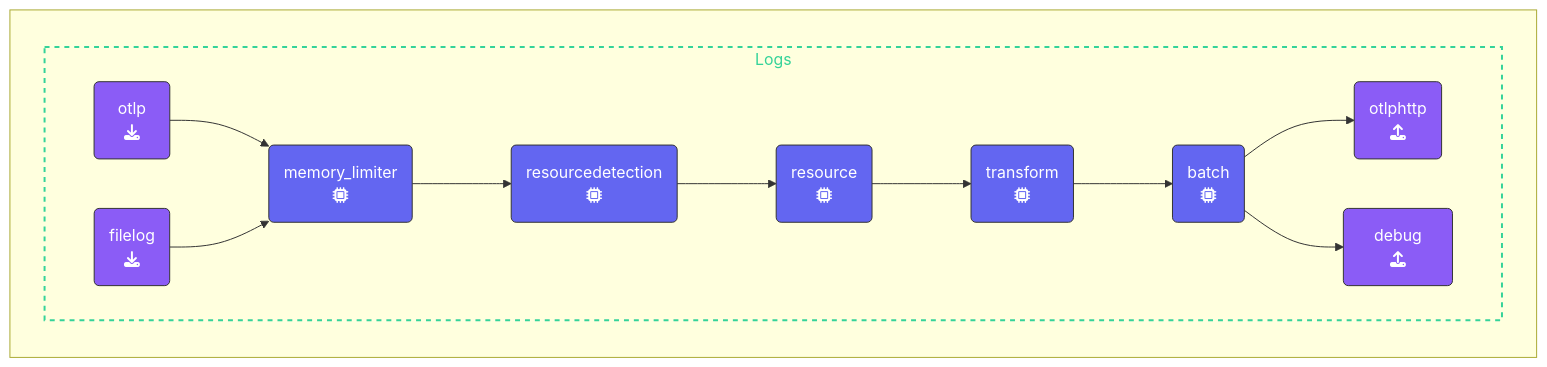
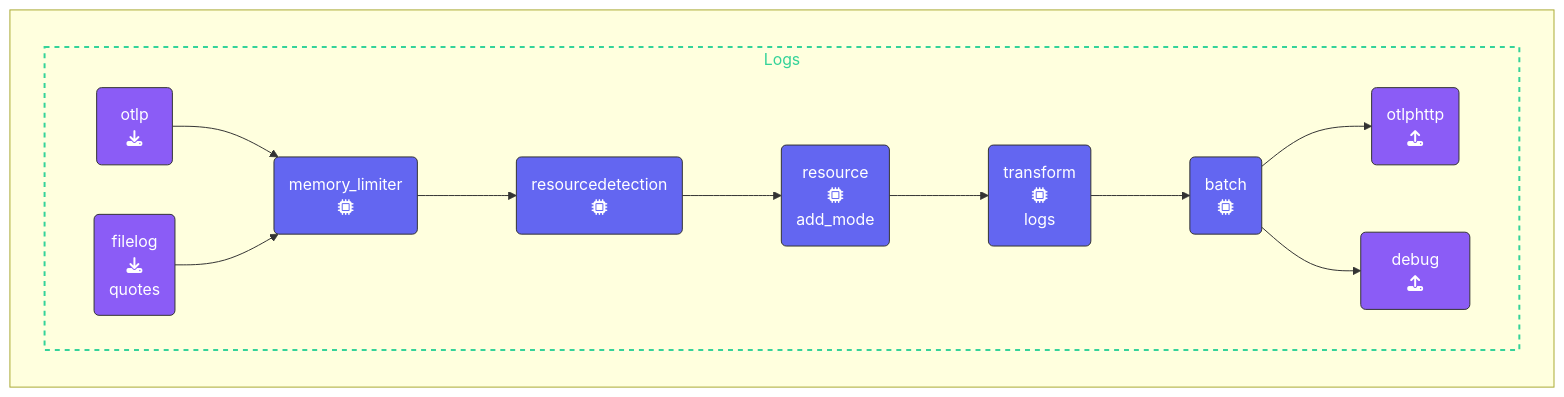
One commit to splunk/observability-workshop changed the diagram in content/en/ninja-workshops/10-advanced-otel/7-transform-data/_index.md. Above: the diagram before and after it, drawn with Mermaid. The commit also changed other lines of this file and 5 other files, not shown here.

Commit message:
syntax and comments to sensitive and tranform, updated mermaid charts to include receiver/processor names

````diff
--- a/content/en/ninja-workshops/10-advanced-otel/7-transform-data/_index.md
+++ b/content/en/ninja-workshops/10-advanced-otel/7-transform-data/_index.md
@@ -118,33 +128,33 @@
 ```mermaid
 %%{init:{"fontFamily":"monospace"}}%%
 graph LR
     %% Nodes
       REC1(&nbsp;&nbsp;otlp&nbsp;&nbsp;<br>fa:fa-download):::receiver
-      REC2(filelog<br>fa:fa-download):::receiver
+      REC2(filelog<br>fa:fa-download<br>quotes):::receiver
       PRO1(memory_limiter<br>fa:fa-microchip):::processor
       PRO2(resourcedetection<br>fa:fa-microchip):::processor
-      PRO3(resource<br>fa:fa-microchip):::processor
-      PRO4(transform<br>fa:fa-microchip):::processor
+      PRO3(resource<br>fa:fa-microchip<br>add_mode):::processor
+      PRO4(transform<br>fa:fa-microchip<br>logs):::processor
       PRO5(batch<br>fa:fa-microchip):::processor
       EXP1(otlphttp<br>fa:fa-upload):::exporter
       EXP2(&ensp;&ensp;debug&ensp;&ensp;<br>fa:fa-upload):::exporter
     %% Links
     subID1:::sub-logs
     subgraph " "
       subgraph subID1[Logs]
       direction LR
       REC1 --> PRO1
       REC2 --> PRO1
       PRO1 --> PRO2
       PRO2 --> PRO3
       PRO3 --> PRO4
       PRO4 --> PRO5
       PRO5 --> EXP1
       PRO5 --> EXP2
       end
     end
 classDef receiver,exporter fill:#8b5cf6,stroke:#333,stroke-width:1px,color:#fff;
 classDef processor fill:#6366f1,stroke:#333,stroke-width:1px,color:#fff;
 classDef con-receive,con-export fill:#45c175,stroke:#333,stroke-width:1px,color:#fff;
 classDef sub-logs stroke:#34d399,stroke-width:2px, color:#34d399,stroke-dasharray: 5 5;
 ```
````
